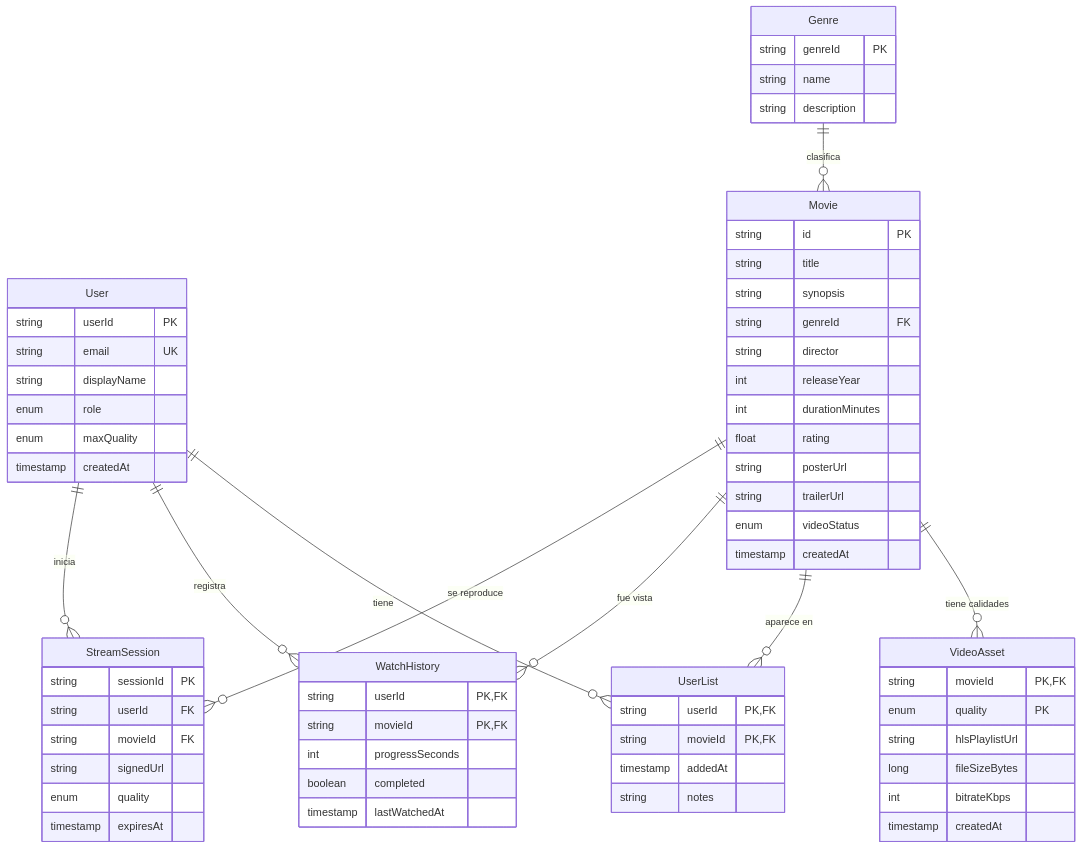
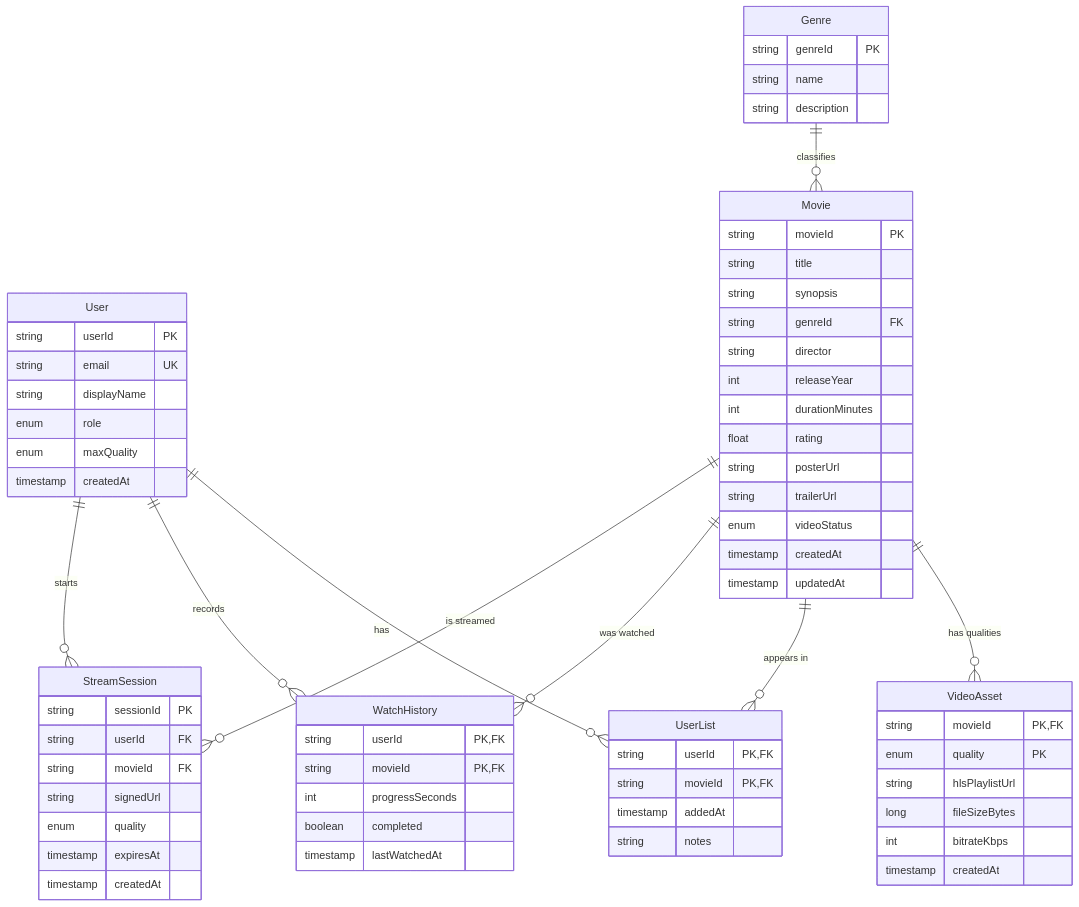
The first of 6 diagrams in Netflix_Design_Doc.md (edwardsalinas/proyectoNetflix), drawn with Mermaid before and after one commit. The commit also changed other lines of this file and 2 other files, not shown here.

````diff
--- a/Netflix_Design_Doc.md
+++ b/Netflix_Design_Doc.md
@@ -187,74 +189,76 @@
 ```mermaid
 erDiagram
     User {
         string userId PK
         string email UK
         string displayName
         enum role
         enum maxQuality
         timestamp createdAt
     }
 
     Movie {
-        string id PK
+        string movieId PK
         string title
         string synopsis
         string genreId FK
         string director
         int releaseYear
         int durationMinutes
         float rating
         string posterUrl
         string trailerUrl
         enum videoStatus
         timestamp createdAt
+        timestamp updatedAt
     }
 
     VideoAsset {
         string movieId PK,FK
         enum quality PK
         string hlsPlaylistUrl
         long fileSizeBytes
         int bitrateKbps
         timestamp createdAt
     }
 
     UserList {
         string userId PK,FK
         string movieId PK,FK
         timestamp addedAt
         string notes
     }
 
     WatchHistory {
         string userId PK,FK
         string movieId PK,FK
         int progressSeconds
         boolean completed
         timestamp lastWatchedAt
     }
 
     StreamSession {
         string sessionId PK
         string userId FK
         string movieId FK
         string signedUrl
         enum quality
         timestamp expiresAt
+        timestamp createdAt
     }
 
     Genre {
         string genreId PK
         string name
         string description
     }
 
-    User ||--o{ UserList : "tiene"
-    User ||--o{ WatchHistory : "registra"
-    User ||--o{ StreamSession : "inicia"
-    Movie ||--o{ VideoAsset : "tiene calidades"
-    Movie ||--o{ UserList : "aparece en"
-    Movie ||--o{ WatchHistory : "fue vista"
-    Movie ||--o{ StreamSession : "se reproduce"
-    Genre ||--o{ Movie : "clasifica"
+    User ||--o{ UserList : "has"
+    User ||--o{ WatchHistory : "records"
+    User ||--o{ StreamSession : "starts"
+    Movie ||--o{ VideoAsset : "has qualities"
+    Movie ||--o{ UserList : "appears in"
+    Movie ||--o{ WatchHistory : "was watched"
+    Movie ||--o{ StreamSession : "is streamed"
+    Genre ||--o{ Movie : "classifies"
 ```
````
